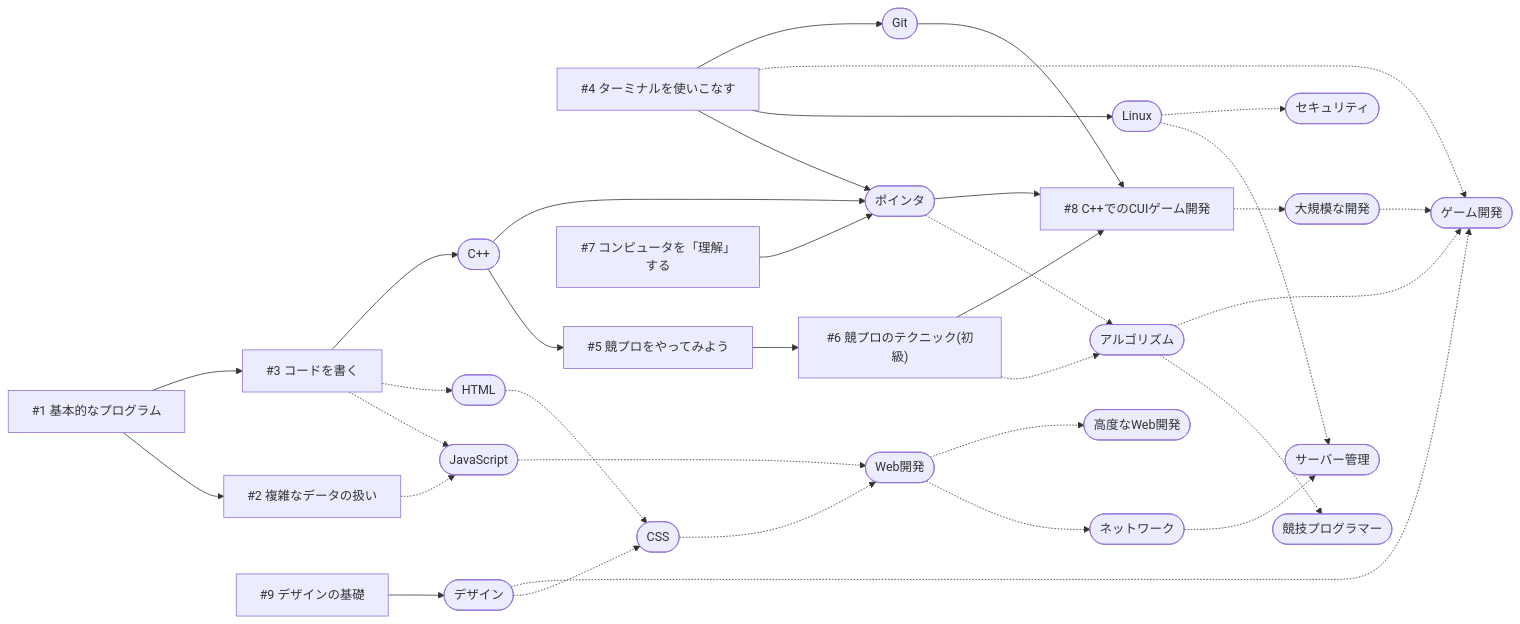
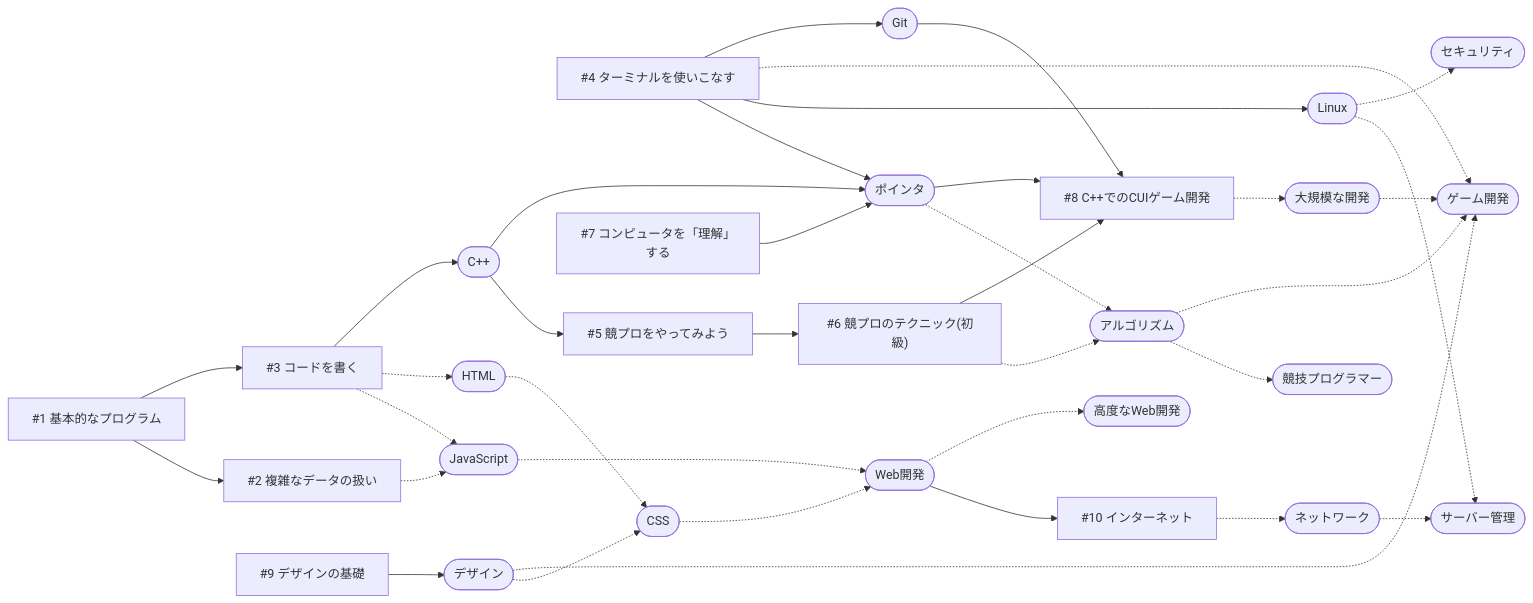
Before and after one commit to Koyo-PC/Guide-For-Members: the diagram in index.md, drawn with Mermaid. The commit also changed other lines of this file, not shown here.

````diff
--- a/index.md
+++ b/index.md
@@ -67,39 +68,40 @@
 ```mermaid
 flowchart LR
 #1[#1 基本的なプログラム] --> #2[#2 複雑なデータの扱い]
 #1 --> #3[#3 コードを書く]
 #4[#4 ターミナルを使いこなす]
 #2 -.-> JS([JavaScript])
 %% #2 --> #5
 #3 -.-> JS
 #3 -.-> HTML([HTML])
 #9[#9 デザインの基礎] --> Design
 Design([デザイン]) -.-> CSS([CSS])
 HTML -.-> CSS
 CSS -.-> Web([Web開発])
 JS -.-> Web
-Web -.-> Net([ネットワーク])
+Web --> #10[#10 インターネット]
+#10 -.-> Net([ネットワーク])
 Net -.-> Server([サーバー管理])
 Web -.-> HardWeb([高度なWeb開発])
 #7["#7 コンピュータを「理解」する"] --> Pointer([ポインタ])
 #3 --> C++([C++])
 C++ --> #5[#5 競プロをやってみよう]
 #5 --> #6["#6 競プロのテクニック(初級)"]
 Algo([アルゴリズム]) -.-> 競プロer([競技プログラマー])
 #6 -.-> Algo
 Pointer -.-> Algo
 #4 --> Pointer
 #4 --> Linux([Linux])
 Linux -.-> Server
 Linux -.-> Hacking([セキュリティ])
 Design -.-> Game([ゲーム開発])
 Algo -.-> Game
 #4 -.-> Game
 #4 --> Git([Git])
 #8 -.-> Project([大規模な開発])
 Git --> #8
 Project -.-> Game
 C++ --> Pointer
 Pointer --> #8["#8 C++でのCUIゲーム開発"]
 #6 --> #8
 ```
````
